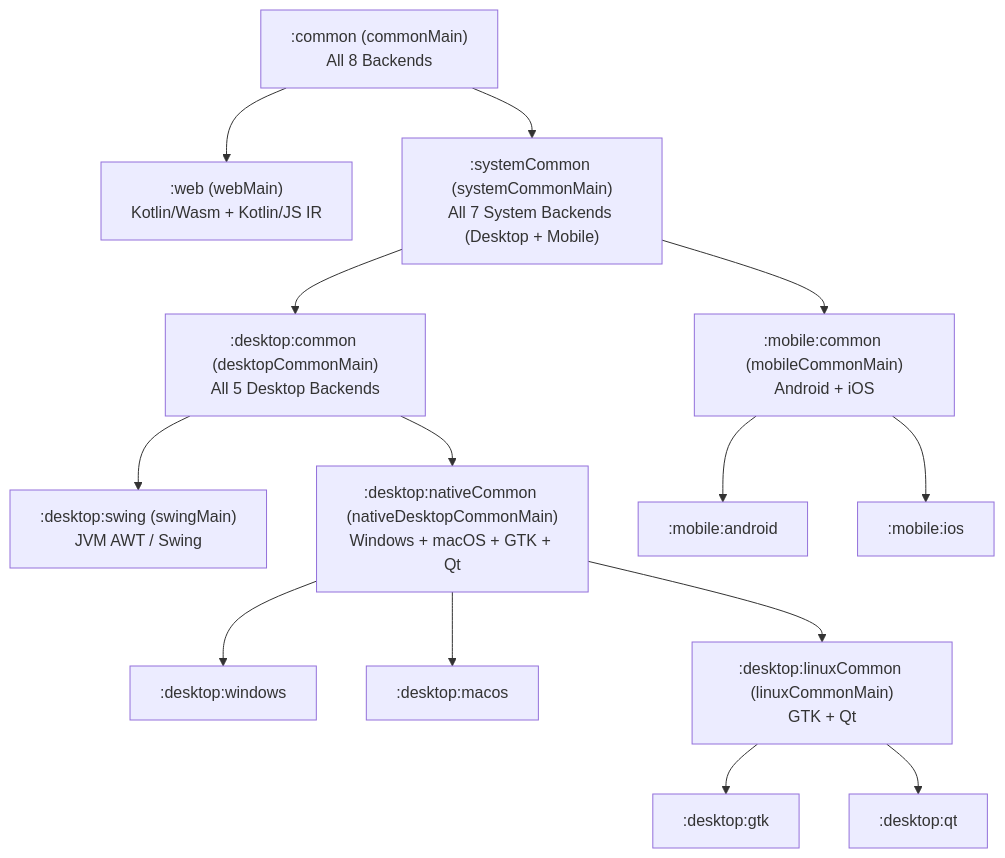
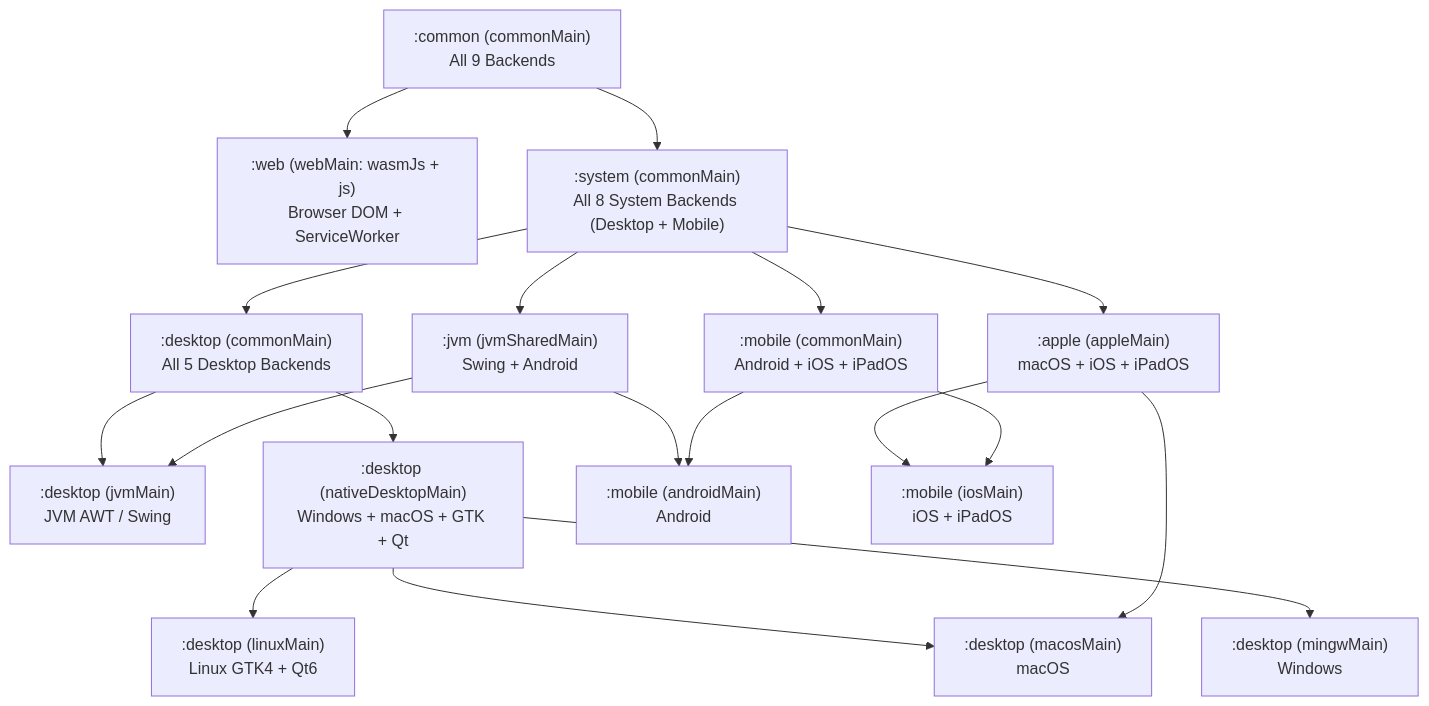
Before and after one commit to GenericUI/GenericUI: the diagram in system/README.md, drawn with Mermaid. The commit also changed other lines of this file and 181 other files, not shown here.

Commit message:
Add extension SPI, schema/serviceworker codegen, consumer JNI/CMake build system, 9-backend backdrop blur, docs, and update submodules

````diff
--- a/system/README.md
+++ b/system/README.md
@@ -15,31 +15,35 @@
 ```mermaid
 flowchart TD
-    common[":common (commonMain)<br/>All 8 Backends"]
-    web[":web (webMain)<br/>Kotlin/Wasm + Kotlin/JS IR"]
-    systemCommon[":systemCommon (systemCommonMain)<br/>All 7 System Backends (Desktop + Mobile)"]
-    desktopCommon[":desktop:common (desktopCommonMain)<br/>All 5 Desktop Backends"]
-    mobileCommon[":mobile:common (mobileCommonMain)<br/>Android + iOS"]
-    swing[":desktop:swing (swingMain)<br/>JVM AWT / Swing"]
-    nativeDesktopCommon[":desktop:nativeCommon (nativeDesktopCommonMain)<br/>Windows + macOS + GTK + Qt"]
-    windows[":desktop:windows"]
-    macos[":desktop:macos"]
-    linuxCommon[":desktop:linuxCommon (linuxCommonMain)<br/>GTK + Qt"]
-    gtk[":desktop:gtk"]
-    qt[":desktop:qt"]
-    android[":mobile:android"]
-    ios[":mobile:ios"]
+    common[":common (commonMain)<br/>All 9 Backends"]
+    web[":web (webMain: wasmJs + js)<br/>Browser DOM + ServiceWorker"]
+    system[":system (commonMain)<br/>All 8 System Backends (Desktop + Mobile)"]
+    jvm[":jvm (jvmSharedMain)<br/>Swing + Android"]
+    apple[":apple (appleMain)<br/>macOS + iOS + iPadOS"]
+    desktopCommon[":desktop (commonMain)<br/>All 5 Desktop Backends"]
+    mobileCommon[":mobile (commonMain)<br/>Android + iOS + iPadOS"]
+    swing[":desktop (jvmMain)<br/>JVM AWT / Swing"]
+    nativeDesktop[":desktop (nativeDesktopMain)<br/>Windows + macOS + GTK + Qt"]
+    windows[":desktop (mingwMain)<br/>Windows"]
+    macos[":desktop (macosMain)<br/>macOS"]
+    linux[":desktop (linuxMain)<br/>Linux GTK4 + Qt6"]
+    android[":mobile (androidMain)<br/>Android"]
+    ios[":mobile (iosMain)<br/>iOS + iPadOS"]
 
     common --> web
-    common --> systemCommon
-    systemCommon --> desktopCommon
-    systemCommon --> mobileCommon
+    common --> system
+    system --> jvm
+    system --> apple
+    system --> desktopCommon
+    system --> mobileCommon
     desktopCommon --> swing
-    desktopCommon --> nativeDesktopCommon
-    nativeDesktopCommon --> windows
-    nativeDesktopCommon --> macos
-    nativeDesktopCommon --> linuxCommon
-    linuxCommon --> gtk
-    linuxCommon --> qt
+    desktopCommon --> nativeDesktop
+    nativeDesktop --> windows
+    nativeDesktop --> macos
+    nativeDesktop --> linux
+    jvm --> swing
+    jvm --> android
+    apple --> macos
+    apple --> ios
     mobileCommon --> android
     mobileCommon --> ios
 ```
````
